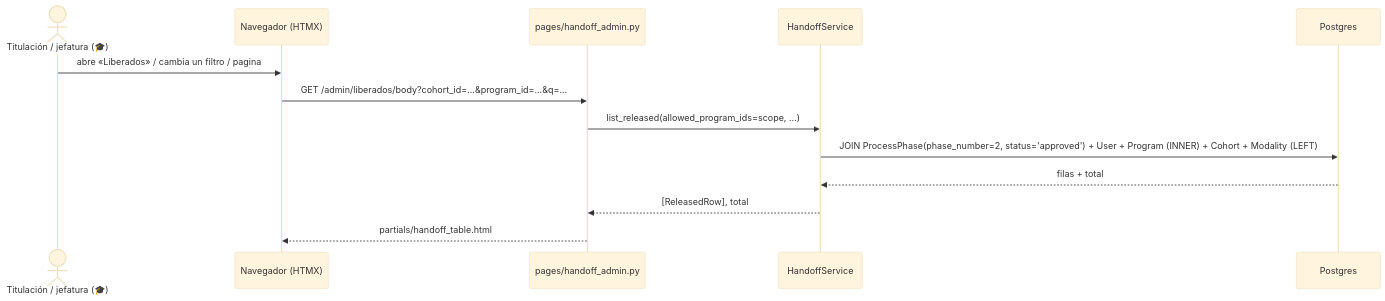
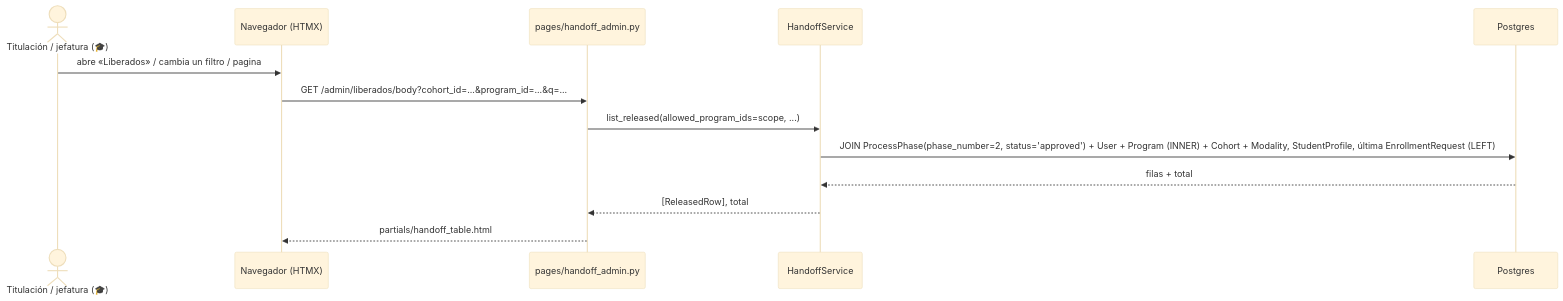
Before and after one commit to Erne1357/itcj: the second of 2 diagrams in itcj2/apps/titulatec/docs/flows/xcut_titulacion_handoff.md, drawn with Mermaid (base theme). The commit also changed other lines of this file and 16 other files, not shown here.

````diff
--- a/itcj2/apps/titulatec/docs/flows/xcut_titulacion_handoff.md
+++ b/itcj2/apps/titulatec/docs/flows/xcut_titulacion_handoff.md
@@ -69,16 +72,16 @@
 ```mermaid
 sequenceDiagram
     actor T as Titulación / jefatura (🎓)
     participant FE as Navegador (HTMX)
     participant API as pages/handoff_admin.py
     participant SVC as HandoffService
     participant DB as Postgres
 
     T->>FE: abre «Liberados» / cambia un filtro / pagina
     FE->>API: GET /admin/liberados/body?cohort_id=...&program_id=...&q=...
     API->>SVC: list_released(allowed_program_ids=scope, ...)
-    SVC->>DB: JOIN ProcessPhase(phase_number=2, status='approved') + User + Program (INNER) + Cohort + Modality (LEFT)
+    SVC->>DB: JOIN ProcessPhase(phase_number=2, status='approved') + User + Program (INNER) + Cohort + Modality, StudentProfile, última EnrollmentRequest (LEFT)
     DB-->>SVC: filas + total
     SVC-->>API: [ReleasedRow], total
     API-->>FE: partials/handoff_table.html
 ```
````
